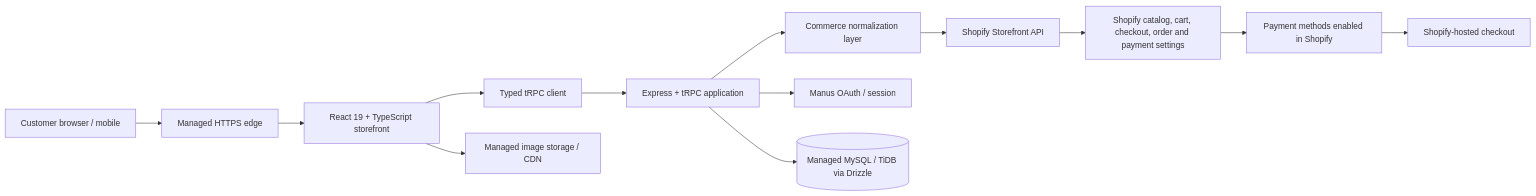
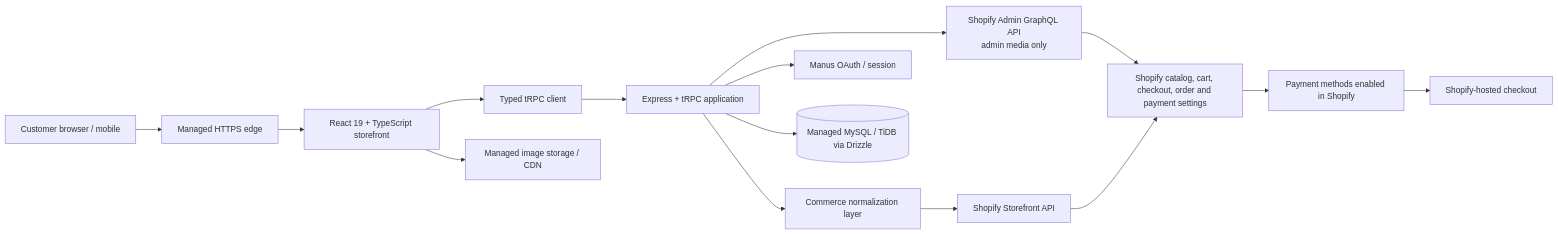
Before and after one commit to Korirtech/Indulge-Store: the diagram in ARCHITECTURE.md, drawn with Mermaid. The commit also changed other lines of this file and 16 other files, not shown here.

````diff
--- a/ARCHITECTURE.md
+++ b/ARCHITECTURE.md
@@ -9,15 +9,17 @@
 ```mermaid
 flowchart LR
   C[Customer browser / mobile] --> CDN[Managed HTTPS edge]
   CDN --> UI[React 19 + TypeScript storefront]
   UI --> RPC[Typed tRPC client]
   RPC --> APP[Express + tRPC application]
   APP --> NORM[Commerce normalization layer]
   NORM --> SF[Shopify Storefront API]
+  APP --> ADM[Shopify Admin GraphQL API<br/>admin media only]
+  ADM --> SHOP
   SF --> SHOP[Shopify catalog, cart, checkout, order and payment settings]
   APP --> AUTH[Manus OAuth / session]
   APP --> DB[(Managed MySQL / TiDB via Drizzle)]
   UI --> ASSET[Managed image storage / CDN]
   SHOP --> PSP[Payment methods enabled in Shopify]
   PSP --> CUSTOMER[Shopify-hosted checkout]
 ```
````
